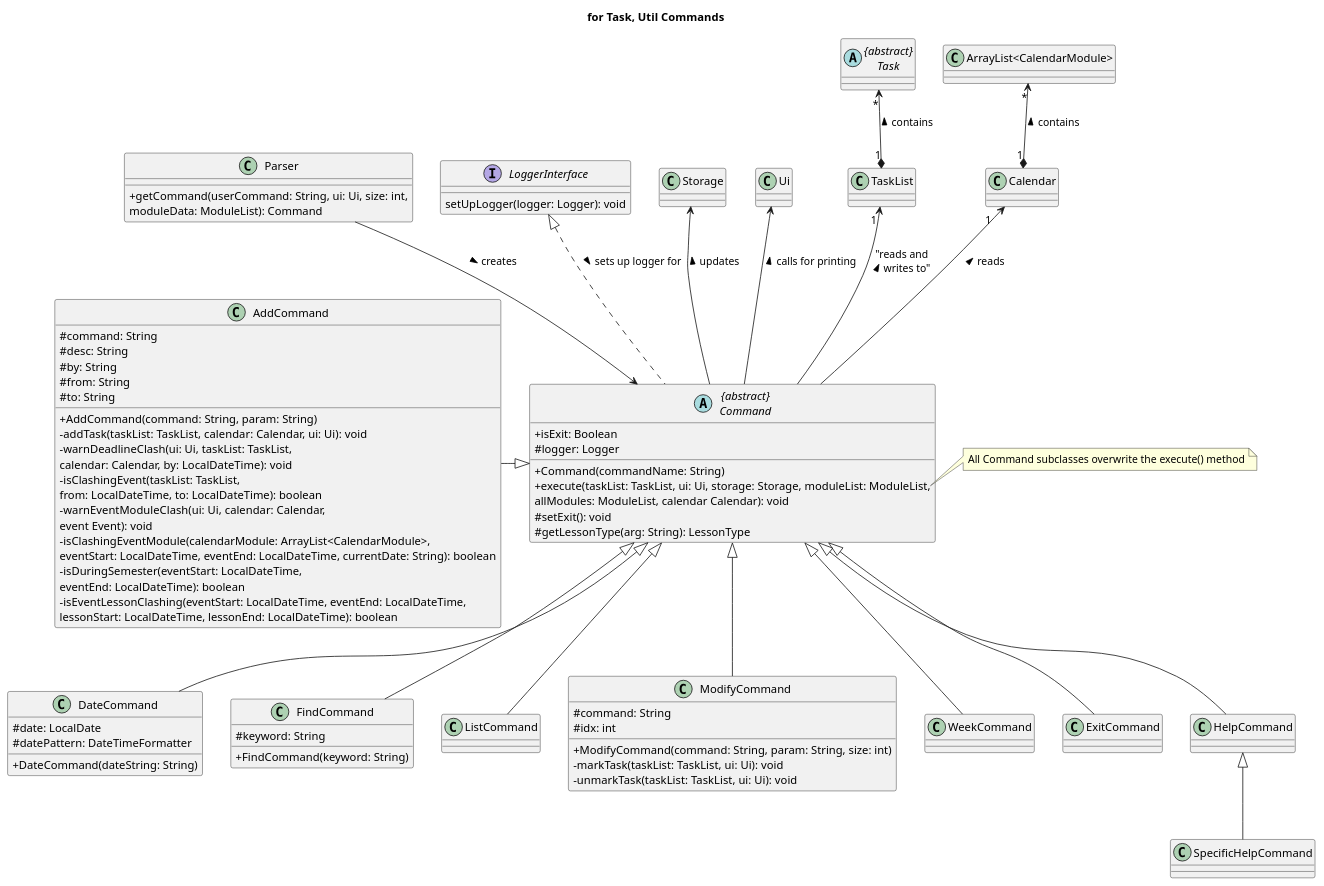
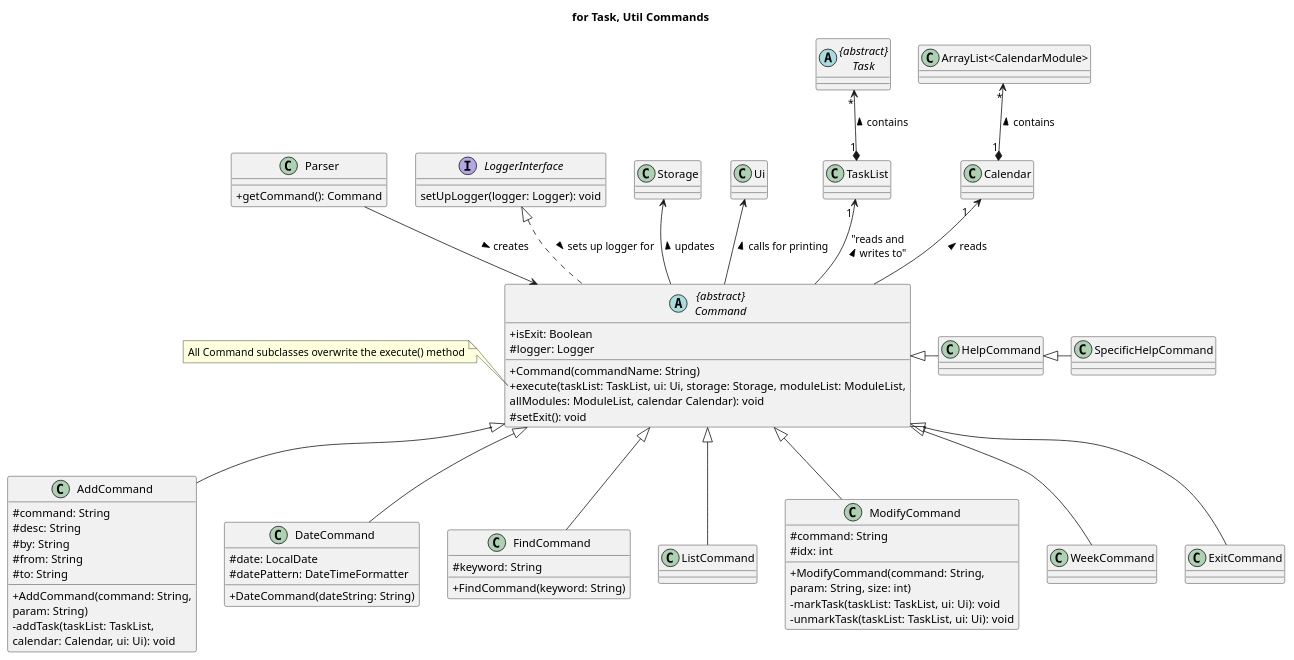
One commit to nus-cs2113-AY2223S2/tp changed the diagram in docs/uml-source/class/Command.puml. Above: the diagram before and after it, drawn with PlantUML. The commit also changed 2 other files, not shown here.

Commit message:
Update UML files

```diff
--- a/docs/uml-source/class/Command.puml
+++ b/docs/uml-source/class/Command.puml
@@ -1,102 +1,91 @@
 @startuml
 'https://plantuml.com/class-diagram
 skinparam classAttributeIconSize 0
 
 title for Task, Util Commands
 
 class Parser {
-+ getCommand(userCommand: String, ui: Ui, size: int,
-moduleData: ModuleList): Command
++ getCommand(): Command
 }
 Parser --> Command : creates >
 
 abstract class "{abstract}\nCommand" as Command {
 + isExit: Boolean
 # logger: Logger
 + Command(commandName: String)
 + execute(taskList: TaskList, ui: Ui, storage: Storage, moduleList: ModuleList,
 allModules: ModuleList, calendar Calendar): void
 # setExit(): void
-# getLessonType(arg: String): LessonType
 }
 
-note right of Command::execute
+note left of Command::execute
     All Command subclasses overwrite the execute() method
 end note
 
 interface LoggerInterface {
 setUpLogger(logger: Logger): void
 }
 LoggerInterface <|.. Command : sets up logger for >
 
 class AddCommand {
 # command: String
 # desc: String
 # by: String
 # from: String
 # to: String
 __
-+ AddCommand(command: String, param: String)
-- addTask(taskList: TaskList, calendar: Calendar, ui: Ui): void
-- warnDeadlineClash(ui: Ui, taskList: TaskList,
-calendar: Calendar, by: LocalDateTime): void
-- isClashingEvent(taskList: TaskList,
-from: LocalDateTime, to: LocalDateTime): boolean
-- warnEventModuleClash(ui: Ui, calendar: Calendar,
-event Event): void
-- isClashingEventModule(calendarModule: ArrayList<CalendarModule>,
-eventStart: LocalDateTime, eventEnd: LocalDateTime, currentDate: String): boolean
-- isDuringSemester(eventStart: LocalDateTime,
-eventEnd: LocalDateTime): boolean
-- isEventLessonClashing(eventStart: LocalDateTime, eventEnd: LocalDateTime,
-lessonStart: LocalDateTime, lessonEnd: LocalDateTime): boolean
++ AddCommand(command: String,
+param: String)
+- addTask(taskList: TaskList,
+calendar: Calendar, ui: Ui): void
 }
-AddCommand -|> Command
+Command <|-- AddCommand
 
 class DateCommand {
 # date: LocalDate
 # datePattern: DateTimeFormatter
 + DateCommand(dateString: String)
 }
 Command <|-- DateCommand
 
 class FindCommand{
 # keyword: String
 + FindCommand(keyword: String)
 }
 Command <|-- FindCommand
 
 class ListCommand
 Command <|-- ListCommand
 
 class ModifyCommand{
 # command: String
 # idx: int
-+ModifyCommand(command: String, param: String, size: int)
++ModifyCommand(command: String,
+param: String, size: int)
 -markTask(taskList: TaskList, ui: Ui): void
 -unmarkTask(taskList: TaskList, ui: Ui): void
 }
 Command <|-- ModifyCommand
 
 class WeekCommand
 Command <|-- WeekCommand
 
 class ExitCommand
 Command <|-- ExitCommand
 
 class HelpCommand
-Command <|-- HelpCommand
+Command <|- HelpCommand
 
 class SpecificHelpCommand
-HelpCommand <|-- SpecificHelpCommand
+HelpCommand <|- SpecificHelpCommand
 
 Storage <-- Command : updates <
 Ui <-- Command : calls for printing <
 TaskList "1 " <-- Command : "reads and\n writes to" <
 abstract class "{abstract}\nTask" as Task
 Task "*" <--* "1" TaskList : contains <
 Calendar "1   " <-- Command : reads <
 "ArrayList<CalendarModule>" "*" <--* "1" Calendar : contains <
 
 
 @enduml
```
